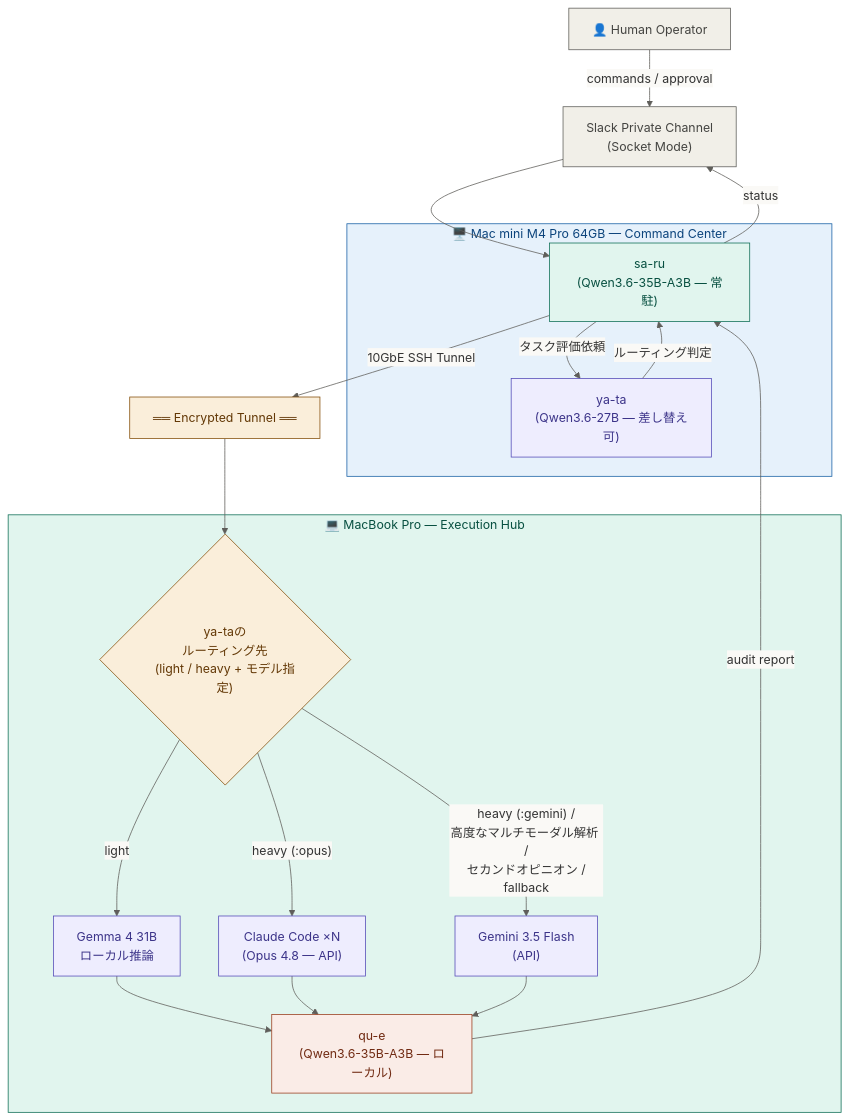
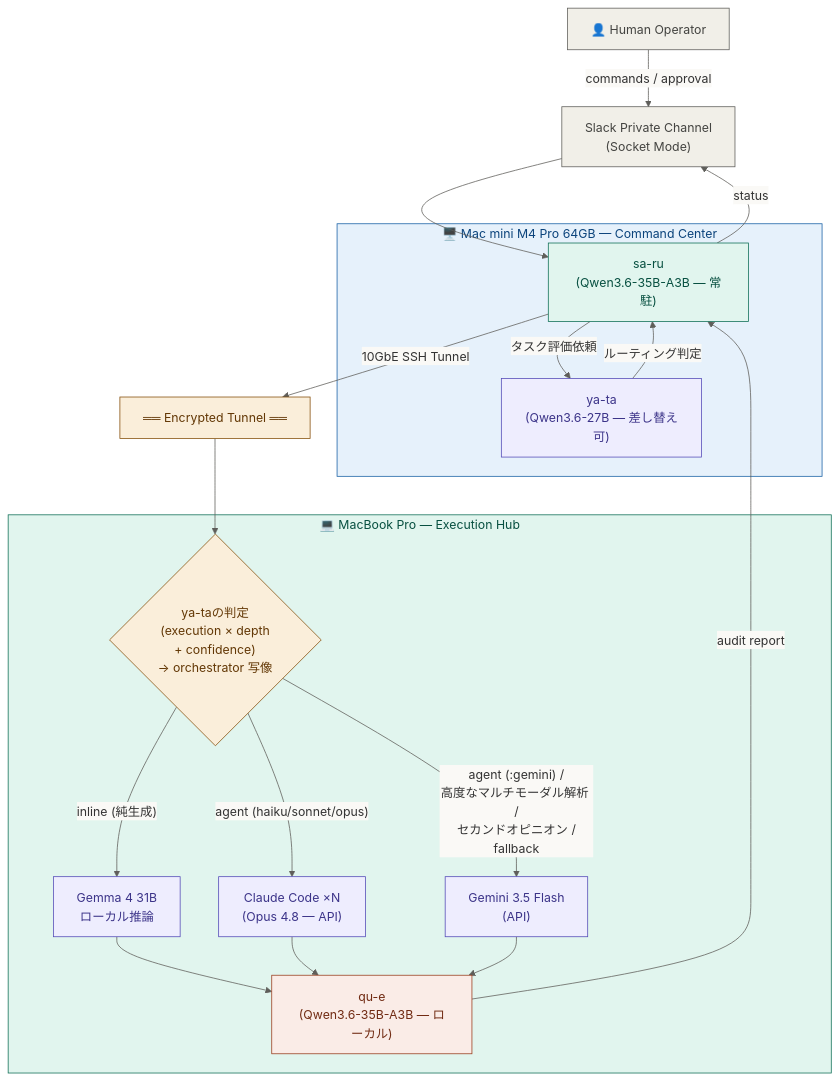
Before and after one commit to denkaishitsu/taka-ma: the first of 4 diagrams in docs/design/design-development-system.md, drawn with Mermaid. The commit also changed other lines of this file and 24 other files, not shown here.

````diff
--- a/docs/design/design-development-system.md
+++ b/docs/design/design-development-system.md
@@ -113,49 +114,49 @@
 ```mermaid
 %%{init: {'theme':'base', 'themeVariables': {'background':'#FAF9F6','lineColor':'#5F5E5A','edgeLabelBackground':'#FAF9F6'}}}%%
 flowchart TD
     HUMAN["👤 Human Operator"]
     HUMAN -->|"commands / approval"| SLACK
 
     SLACK["Slack Private Channel\n(Socket Mode)"]
     SLACK --> OC
 
     subgraph MINI["🖥️ Mac mini M4 Pro 64GB — Command Center"]
         OC["sa-ru\n(Qwen3.6-35B-A3B — 常駐)"]
         OC -->|"タスク評価依頼"| GW
         GW["ya-ta\n(Qwen3.6-27B — 差し替え可)"]
         GW -->|"ルーティング判定"| OC
     end
 
     OC -->|"10GbE SSH Tunnel"| TUNNEL["══ Encrypted Tunnel ══"]
 
     TUNNEL --> ROUTER
 
     subgraph MBP["💻 MacBook Pro — Execution Hub"]
-        ROUTER{"ya-taの\nルーティング先\n(light / heavy + モデル指定)"}
-        ROUTER -->|"light"| LLAMA["Gemma 4 31B<br>ローカル推論"]
-        ROUTER -->|"heavy (:opus)"| CC["Claude Code ×N<br>(Opus 4.8 — API)"]
-        ROUTER -->|"heavy (:gemini) /<br>高度なマルチモーダル解析 /<br>セカンドオピニオン /<br>fallback"| GEMINI["Gemini 3.5 Flash<br>(API)"]
+        ROUTER{"ya-taの判定\n(execution × depth\n+ confidence)\n→ orchestrator 写像"}
+        ROUTER -->|"inline (純生成)"| LLAMA["Gemma 4 31B<br>ローカル推論"]
+        ROUTER -->|"agent (haiku/sonnet/opus)"| CC["Claude Code ×N<br>(Opus 4.8 — API)"]
+        ROUTER -->|"agent (:gemini) /<br>高度なマルチモーダル解析 /<br>セカンドオピニオン /<br>fallback"| GEMINI["Gemini 3.5 Flash<br>(API)"]
 
         LLAMA --> SENT
         CC --> SENT
         GEMINI --> SENT
 
         SENT["qu-e<br>(Qwen3.6-35B-A3B — ローカル)"]
     end
 
     SENT -->|"audit report"| OC
     OC -->|"status"| SLACK
 
     style HUMAN fill:#F1EFE8,stroke:#5F5E5A,color:#444441
     style SLACK fill:#F1EFE8,stroke:#5F5E5A,color:#444441
     style MINI fill:#E6F1FB,stroke:#185FA5,color:#0C447C
     style OC fill:#E1F5EE,stroke:#0F6E56,color:#085041
     style GW fill:#EEEDFE,stroke:#534AB7,color:#3C3489
     style TUNNEL fill:#FAEEDA,stroke:#854F0B,color:#633806
     style MBP fill:#E1F5EE,stroke:#0F6E56,color:#085041
     style ROUTER fill:#FAEEDA,stroke:#854F0B,color:#633806
     style LLAMA fill:#EEEDFE,stroke:#534AB7,color:#3C3489
     style CC fill:#EEEDFE,stroke:#534AB7,color:#3C3489
     style GEMINI fill:#EEEDFE,stroke:#534AB7,color:#3C3489
     style SENT fill:#FAECE7,stroke:#993C1D,color:#712B13
 ```
````
